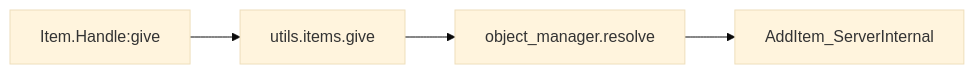
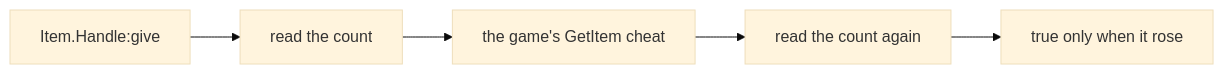
The fourth of 5 diagrams in docs/content/docs/api/item.ja.mdx (dr-mikan/PalForge), drawn with Mermaid (base theme) before and after one commit. The commit also changed other lines of this file and 41 other files, not shown here.

````diff
--- a/docs/content/docs/api/item.ja.mdx
+++ b/docs/content/docs/api/item.ja.mdx
@@ -402,6 +403,7 @@
 ```mermaid
 flowchart LR
-  A["Item.Handle:give"] --> B["utils.items.give"]
-  B --> C["object_manager.resolve"]
-  C --> D["AddItem_ServerInternal"]
+  A["Item.Handle:give"] --> B["read the count"]
+  B --> C["the game's GetItem cheat"]
+  C --> D["read the count again"]
+  D --> E["true only when it rose"]
 ```
````
